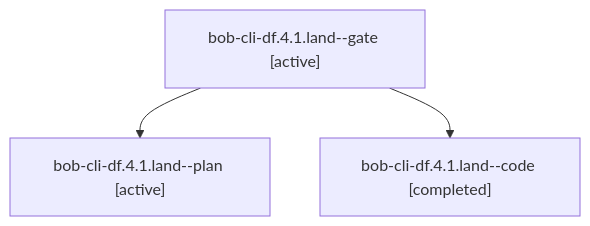
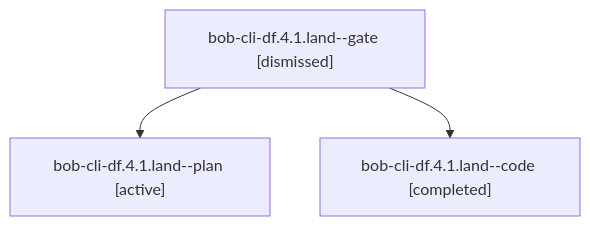
One commit to bobs-org/bob-cli--agents changed the diagram in sessions/bbugyi200.athena.bob-cli-df.4.1.land.md. Above: the diagram before and after it, drawn with Mermaid. The commit also changed other lines of this file and 117 other files, not shown here.

````diff
--- a/sessions/bbugyi200.athena.bob-cli-df.4.1.land.md
+++ b/sessions/bbugyi200.athena.bob-cli-df.4.1.land.md
@@ -9,8 +9,8 @@
 ```mermaid
 flowchart TD
-  n0["bob-cli-df.4.1.land--gate [active]"]
+  n0["bob-cli-df.4.1.land--gate [dismissed]"]
   n1["bob-cli-df.4.1.land--plan [active]"]
   n0 --> n1
   n2["bob-cli-df.4.1.land--code [completed]"]
   n0 --> n2
 ```
````
